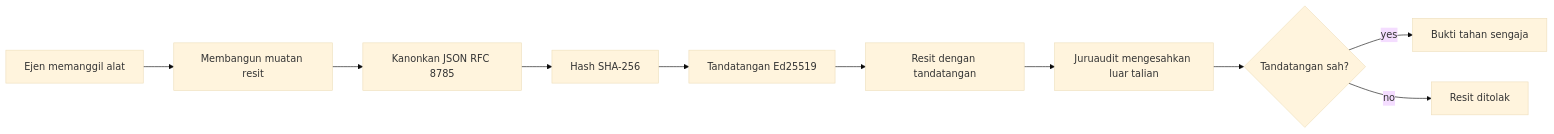
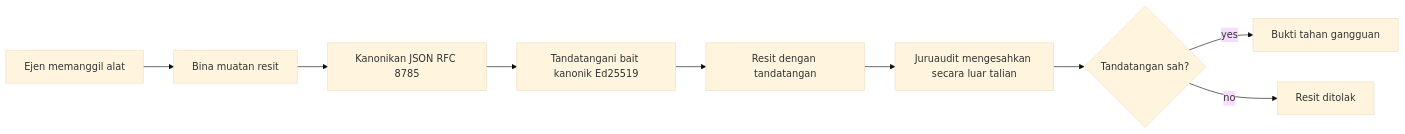
One commit to microsoft/ai-agents-for-beginners changed the first of 2 diagrams in translations/ms/18-securing-ai-agents/README.md. Above: the diagram before and after it, drawn with Mermaid (base theme). The commit also changed other lines of this file and 46 other files, not shown here.

````diff
--- a/translations/ms/18-securing-ai-agents/README.md
+++ b/translations/ms/18-securing-ai-agents/README.md
@@ -51,12 +51,11 @@
 ```mermaid
 flowchart LR
-    A[Ejen memanggil alat] --> B[Membangun muatan resit]
-    B --> C[Kanonkan JSON RFC 8785]
-    C --> D[Hash SHA-256]
-    D --> E[Tandatangan Ed25519]
+    A[Ejen memanggil alat] --> B[Bina muatan resit]
+    B --> C[Kanonikan JSON RFC 8785]
+    C --> E[Tandatangani bait kanonik Ed25519]
     E --> F[Resit dengan tandatangan]
-    F --> G[Juruaudit mengesahkan luar talian]
+    F --> G[Juruaudit mengesahkan secara luar talian]
     G --> H{Tandatangan sah?}
-    H -- yes --> I[Bukti tahan sengaja]
+    H -- yes --> I[Bukti tahan gangguan]
     H -- no --> J[Resit ditolak]
 ```
````
